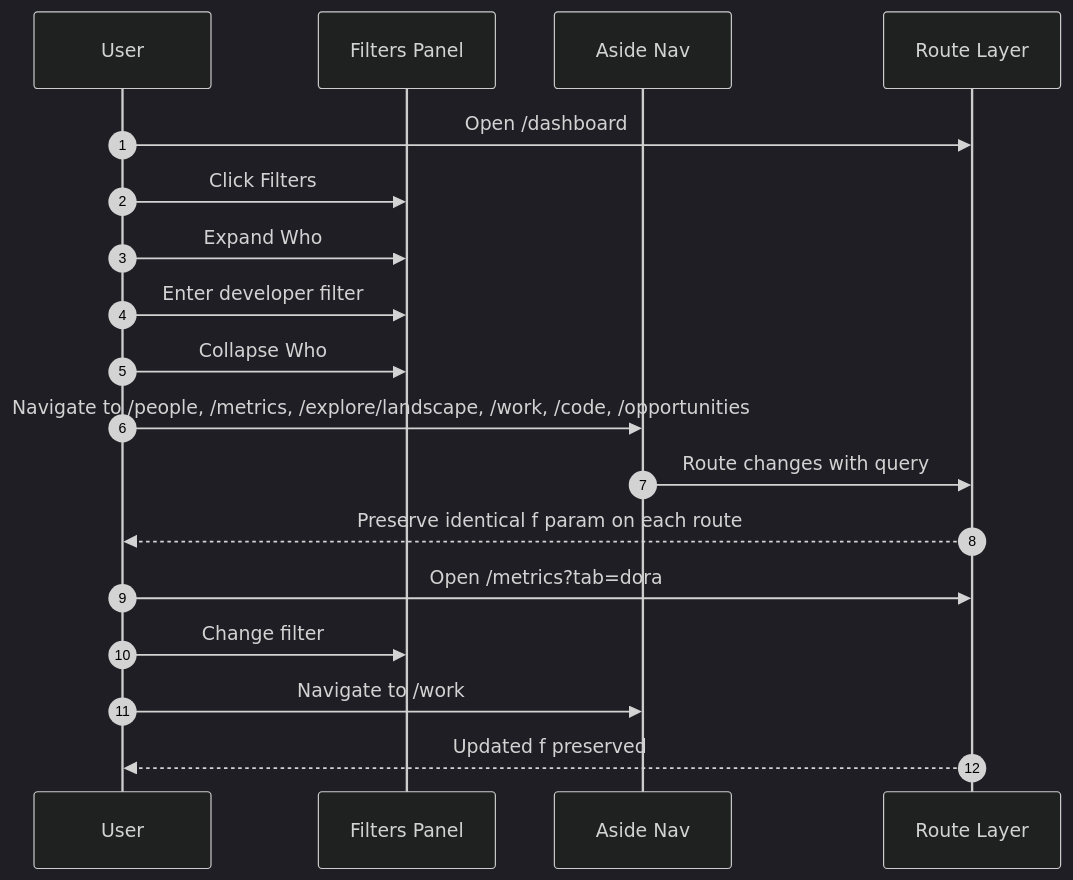
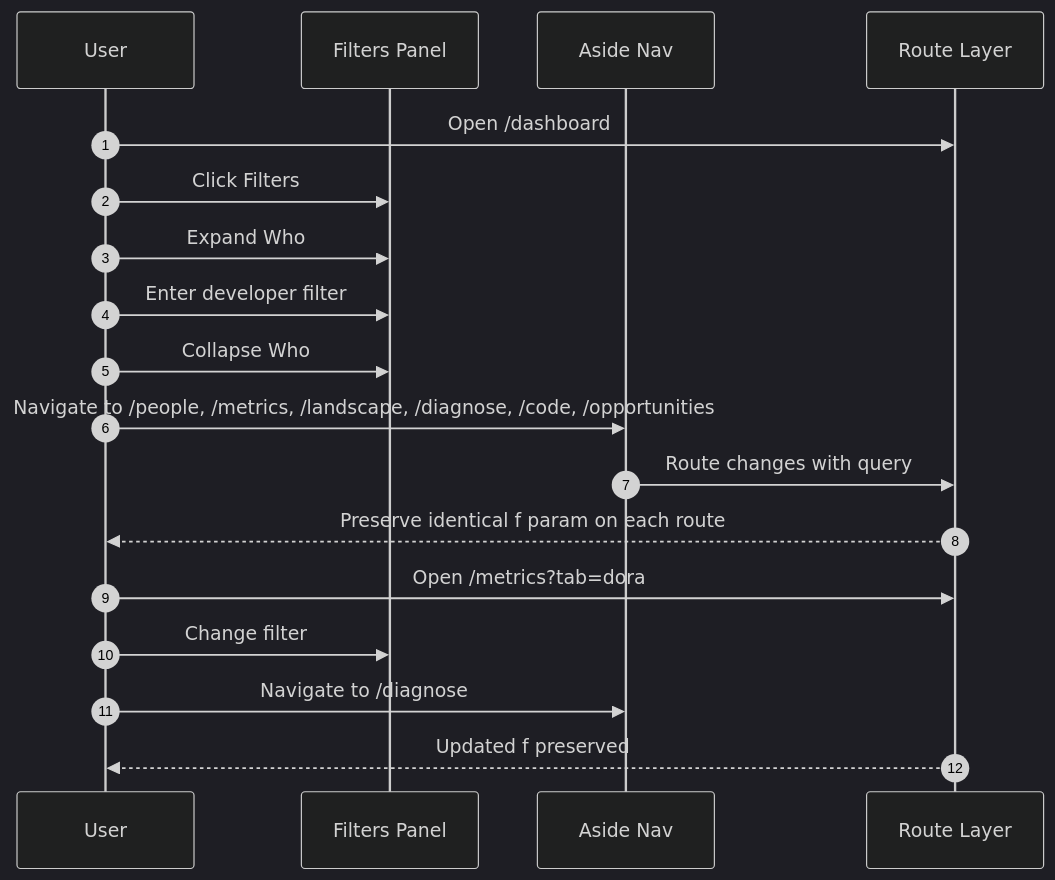
Before and after one commit to full-chaos/dev-health-web: the second of 6 diagrams in docs/testing/e2e-specs/account-user.md, drawn with Mermaid (dark theme). The commit also changed other lines of this file and 14 other files, not shown here.

````diff
--- a/docs/testing/e2e-specs/account-user.md
+++ b/docs/testing/e2e-specs/account-user.md
@@ -149,20 +127,20 @@
 ```mermaid
 sequenceDiagram
     autonumber
     participant U as User
     participant FP as Filters Panel
     participant NAV as Aside Nav
     participant R as Route Layer
     U->>R: Open /dashboard
     U->>FP: Click Filters
     U->>FP: Expand Who
     U->>FP: Enter developer filter
     U->>FP: Collapse Who
-    U->>NAV: Navigate to /people, /metrics, /explore/landscape, /work, /code, /opportunities
+    U->>NAV: Navigate to /people, /metrics, /landscape, /diagnose, /code, /opportunities
     NAV->>R: Route changes with query
     R-->>U: Preserve identical f param on each route
     U->>R: Open /metrics?tab=dora
     U->>FP: Change filter
-    U->>NAV: Navigate to /work
+    U->>NAV: Navigate to /diagnose
     R-->>U: Updated f preserved
 ```
````
